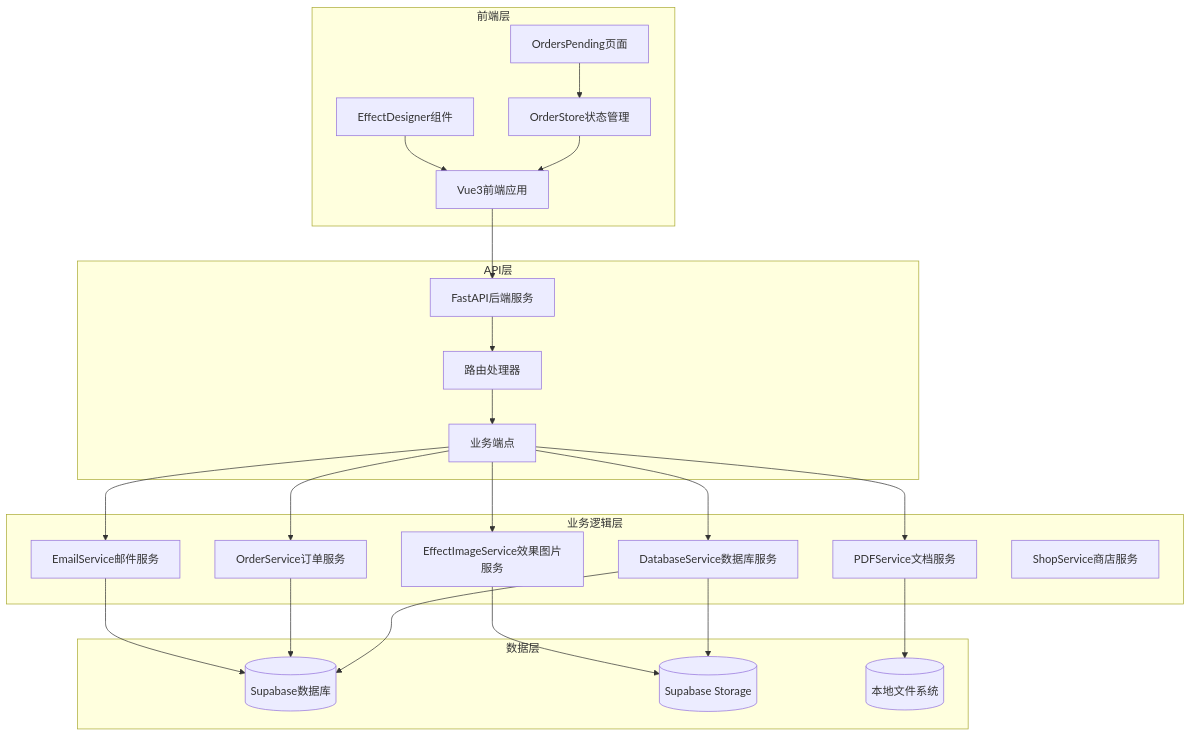
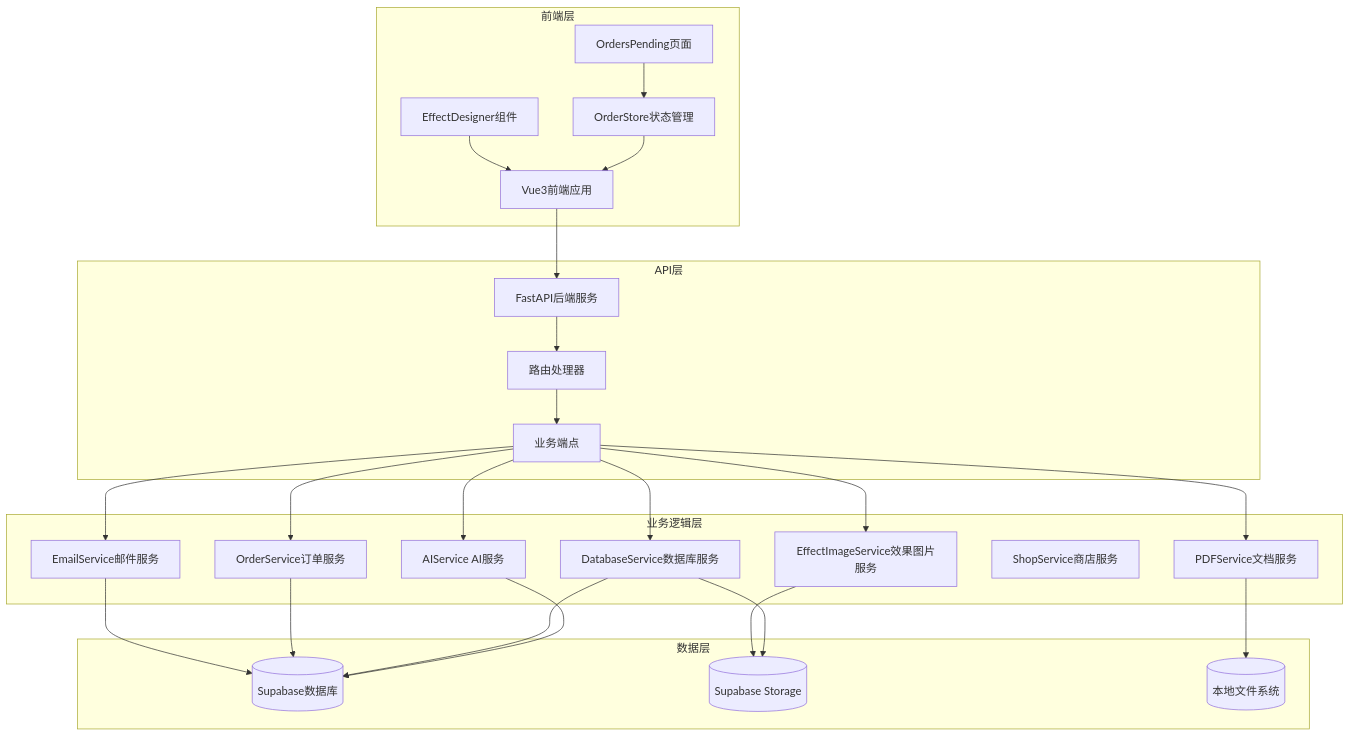
One commit to SY6621/POD-Order-Management changed the first of 13 diagrams in .qoder/repowiki/zh/content/开发指南/订单处理工作流增强.md. Above: the diagram before and after it, drawn with Mermaid. The commit also changed other lines of this file and 18 other files, not shown here.

````diff
--- a/.qoder/repowiki/zh/content/开发指南/订单处理工作流增强.md
+++ b/.qoder/repowiki/zh/content/开发指南/订单处理工作流增强.md
@@ -60,44 +64,47 @@
 ```mermaid
 graph TB
 subgraph "前端层"
 FE[Vue3前端应用]
 ED[EffectDesigner组件]
 OS[OrderStore状态管理]
 OP[OrdersPending页面]
 end
 subgraph "API层"
 API[FastAPI后端服务]
 ROUTES[路由处理器]
 ENDPOINTS[业务端点]
 end
 subgraph "业务逻辑层"
 ES[EmailService邮件服务]
 ODS[OrderService订单服务]
 EIS[EffectImageService效果图片服务]
 PDF[PDFService文档服务]
 DS[DatabaseService数据库服务]
 SHOPS[ShopService商店服务]
+AI[AIService AI服务]
 end
 subgraph "数据层"
 DB[(Supabase数据库)]
 STORAGE[(Supabase Storage)]
 FS[(本地文件系统)]
 end
 FE --> API
 ED --> FE
 OS --> FE
 OP --> OS
 API --> ROUTES
 ROUTES --> ENDPOINTS
 ENDPOINTS --> ES
 ENDPOINTS --> ODS
 ENDPOINTS --> EIS
 ENDPOINTS --> PDF
 ENDPOINTS --> DS
+ENDPOINTS --> AI
 ES --> DB
 ODS --> DB
 EIS --> STORAGE
 PDF --> FS
 DS --> DB
 DS --> STORAGE
+AI --> DB
 ```
````
